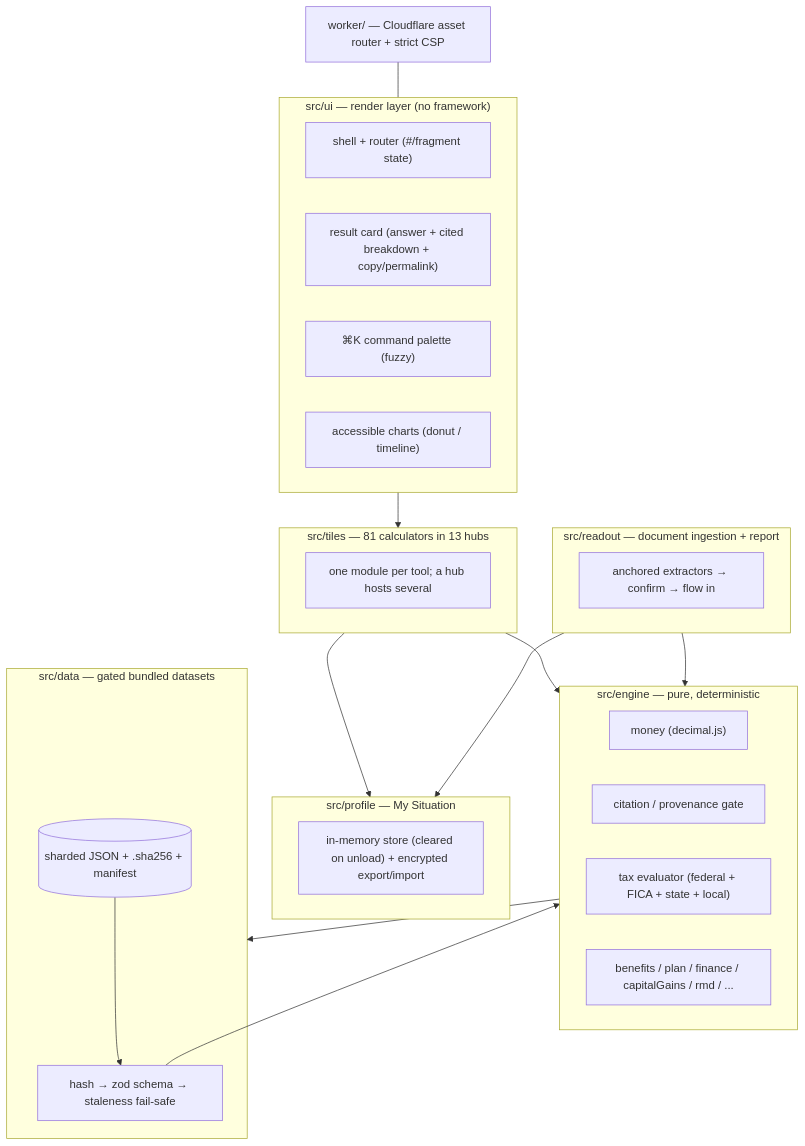
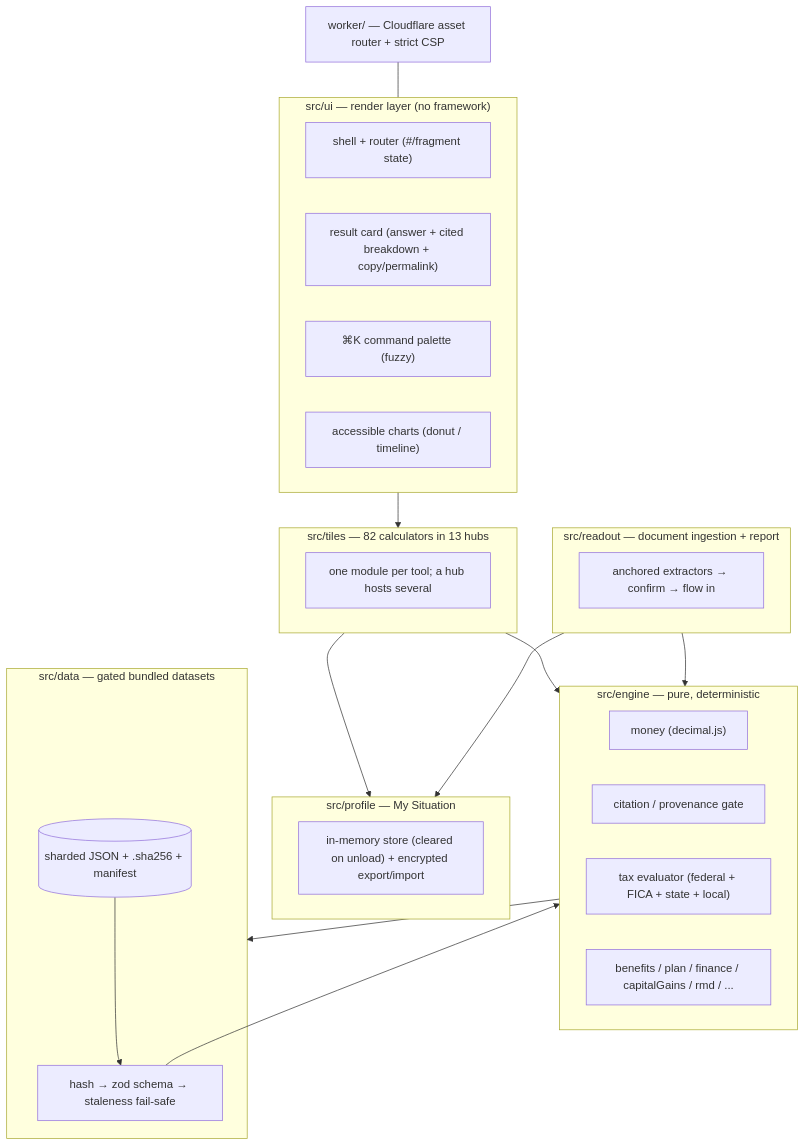
One commit to clay-good/enklayve changed the second of 7 diagrams in docs/under-the-hood.md. Above: the diagram before and after it, drawn with Mermaid. The commit also changed other lines of this file and 19 other files, not shown here.

````diff
--- a/docs/under-the-hood.md
+++ b/docs/under-the-hood.md
@@ -300,36 +300,36 @@
 ```mermaid
 flowchart TD
     subgraph UI["src/ui — render layer (no framework)"]
         SH["shell + router (#/fragment state)"]
         RC["result card (answer + cited breakdown + copy/permalink)"]
         CP["⌘K command palette (fuzzy)"]
         CH["accessible charts (donut / timeline)"]
     end
-    subgraph TILES["src/tiles — 81 calculators in 13 hubs"]
+    subgraph TILES["src/tiles — 82 calculators in 13 hubs"]
         T1["one module per tool; a hub hosts several"]
     end
     subgraph PROFILE["src/profile — My Situation"]
         PS["in-memory store (cleared on unload) + encrypted export/import"]
     end
     subgraph READOUT["src/readout — document ingestion + report"]
         RX["anchored extractors → confirm → flow in"]
     end
     subgraph ENGINE["src/engine — pure, deterministic"]
         MN["money (decimal.js)"]
         CI["citation / provenance gate"]
         TAX["tax evaluator (federal + FICA + state + local)"]
         BEN["benefits / plan / finance / capitalGains / rmd / ..."]
     end
     subgraph DATA["src/data — gated bundled datasets"]
         LO["hash → zod schema → staleness fail-safe"]
         DS[("sharded JSON + .sha256 + manifest")]
     end
     TILES --> ENGINE
     READOUT --> ENGINE
     TILES --> PROFILE
     READOUT --> PROFILE
     UI --> TILES
     ENGINE --> DATA
     DS --> LO --> ENGINE
     WORKER["worker/ — Cloudflare asset router + strict CSP"] --- UI
 ```
````
